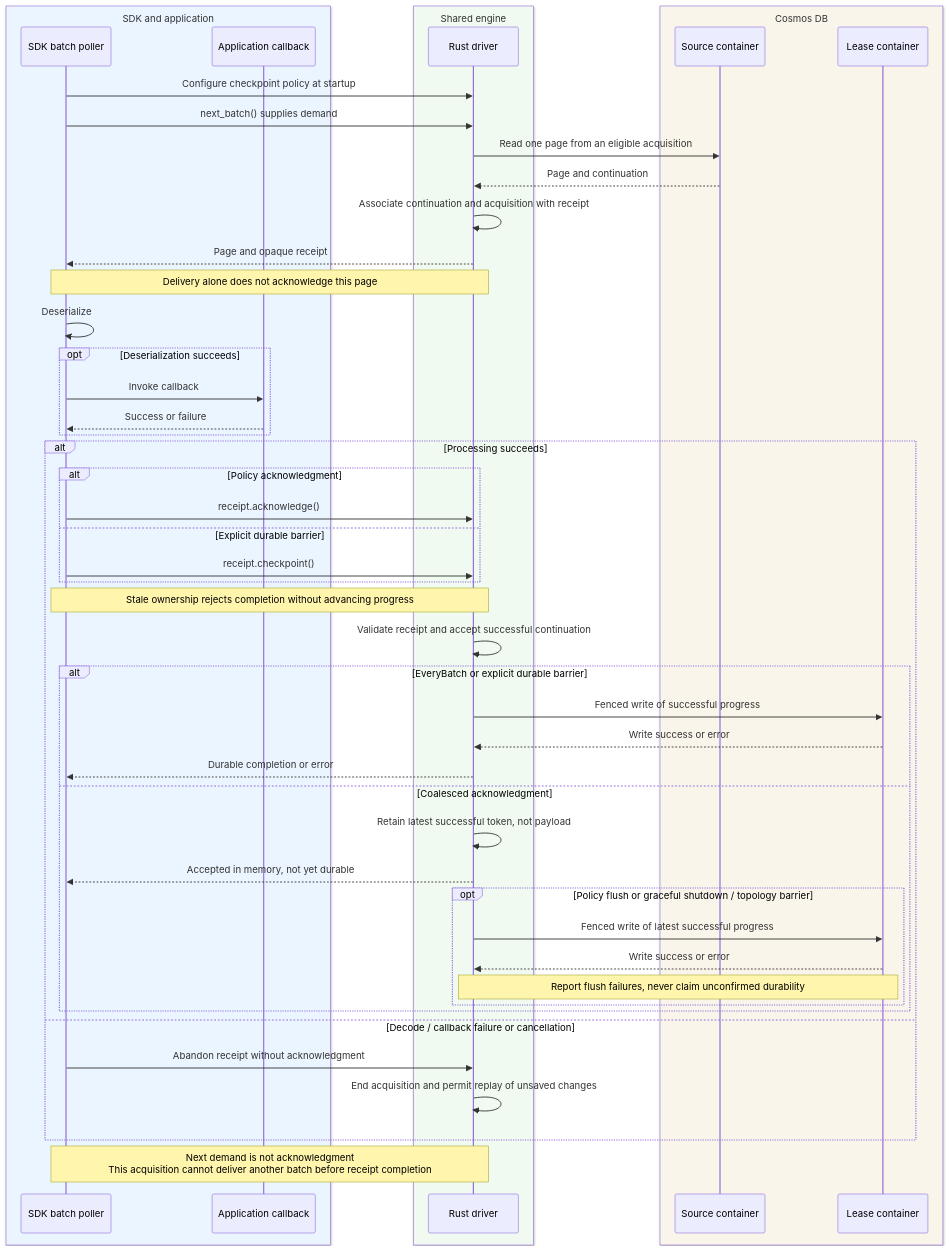
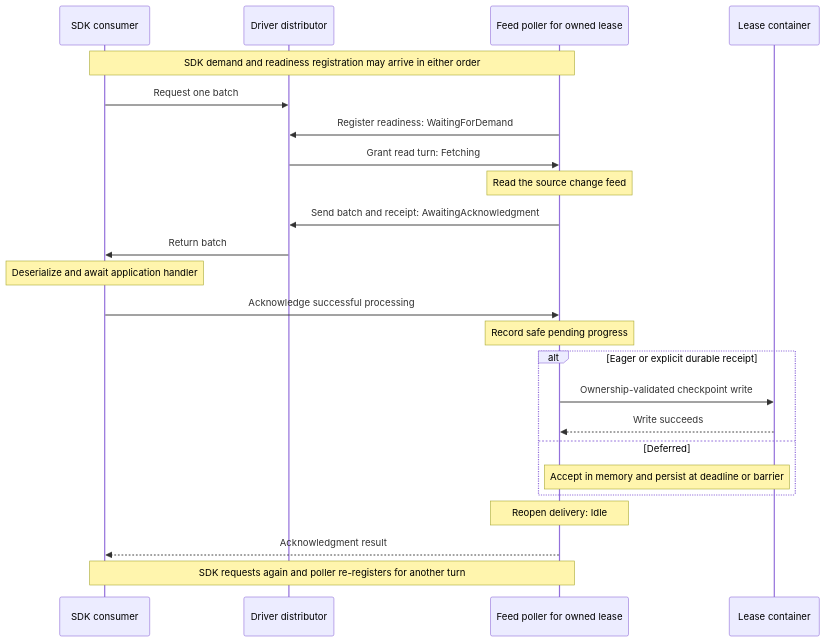
Before and after one commit to Azure/azure-sdk-for-rust: the fourth of 5 diagrams in sdk/cosmos/docs/specs/0030-change-feed-processor.md, drawn with Mermaid. The commit also changed other lines of this file and 48 other files, not shown here.

````diff
--- a/sdk/cosmos/docs/specs/0030-change-feed-processor.md
+++ b/sdk/cosmos/docs/specs/0030-change-feed-processor.md
@@ -2433,52 +950,26 @@
 ```mermaid
 sequenceDiagram
-    box rgb(235, 245, 255) SDK and application
-        participant SDK as SDK batch poller
-        participant App as Application callback
+    participant SDK as SDK consumer
+    participant D as Driver distributor
+    participant P as Feed poller for owned lease
+    participant L as Lease container
+    Note over SDK,P: SDK demand and readiness registration may arrive in either order
+    SDK->>D: Request one batch
+    P->>D: Register readiness: WaitingForDemand
+    D->>P: Grant read turn: Fetching
+    Note over P: Read the source change feed
+    P->>D: Send batch and receipt: AwaitingAcknowledgment
+    D->>SDK: Return batch
+    Note over SDK: Deserialize and await application handler
+    SDK->>P: Acknowledge successful processing
+    Note over P: Record safe pending progress
+    alt Eager or explicit durable receipt
+        P->>L: Ownership-validated checkpoint write
+        L-->>P: Write succeeds
+    else Deferred
+        Note over P,L: Accept in memory and persist at deadline or barrier
     end
-    box rgb(240, 250, 240) Shared engine
-        participant Driver as Rust driver
-    end
-    box rgb(250, 245, 235) Cosmos DB
-        participant Source as Source container
-        participant Leases as Lease container
-    end
-    SDK->>Driver: Configure checkpoint policy at startup
-    SDK->>Driver: next_batch() supplies demand
-    Driver->>Source: Read one page from an eligible acquisition
-    Source-->>Driver: Page and continuation
-    Driver->>Driver: Associate continuation and acquisition with receipt
-    Driver-->>SDK: Page and opaque receipt
-    Note over SDK,Driver: Delivery alone does not acknowledge this page
-    SDK->>SDK: Deserialize
-    opt Deserialization succeeds
-        SDK->>App: Invoke callback
-        App-->>SDK: Success or failure
-    end
-    alt Processing succeeds
-        alt Policy acknowledgment
-            SDK->>Driver: receipt.acknowledge()
-        else Explicit durable barrier
-            SDK->>Driver: receipt.checkpoint()
-        end
-        Note over SDK,Driver: Stale ownership rejects completion without advancing progress
-        Driver->>Driver: Validate receipt and accept successful continuation
-        alt EveryBatch or explicit durable barrier
-            Driver->>Leases: Fenced write of successful progress
-            Leases-->>Driver: Write success or error
-            Driver-->>SDK: Durable completion or error
-        else Coalesced acknowledgment
-            Driver->>Driver: Retain latest successful token, not payload
-            Driver-->>SDK: Accepted in memory, not yet durable
-            opt Policy flush or graceful shutdown / topology barrier
-                Driver->>Leases: Fenced write of latest successful progress
-                Leases-->>Driver: Write success or error
-                Note over Driver,Leases: Report flush failures, never claim unconfirmed durability
-            end
-        end
-    else Decode / callback failure or cancellation
-        SDK->>Driver: Abandon receipt without acknowledgment
-        Driver->>Driver: End acquisition and permit replay of unsaved changes
-    end
-    Note over SDK,Driver: Next demand is not acknowledgment<br/>This acquisition cannot deliver another batch before receipt completion
+    Note over P: Reopen delivery: Idle
+    P-->>SDK: Acknowledgment result
+    Note over SDK,P: SDK requests again and poller re-registers for another turn
 ```
````
